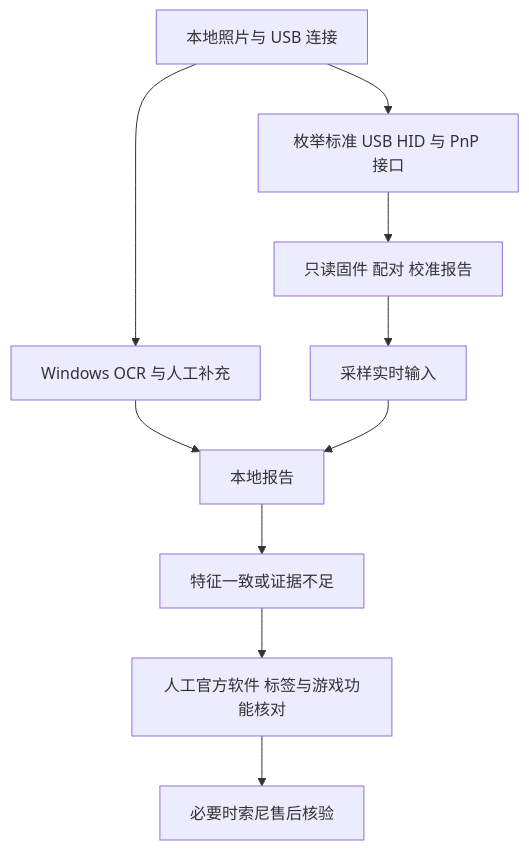
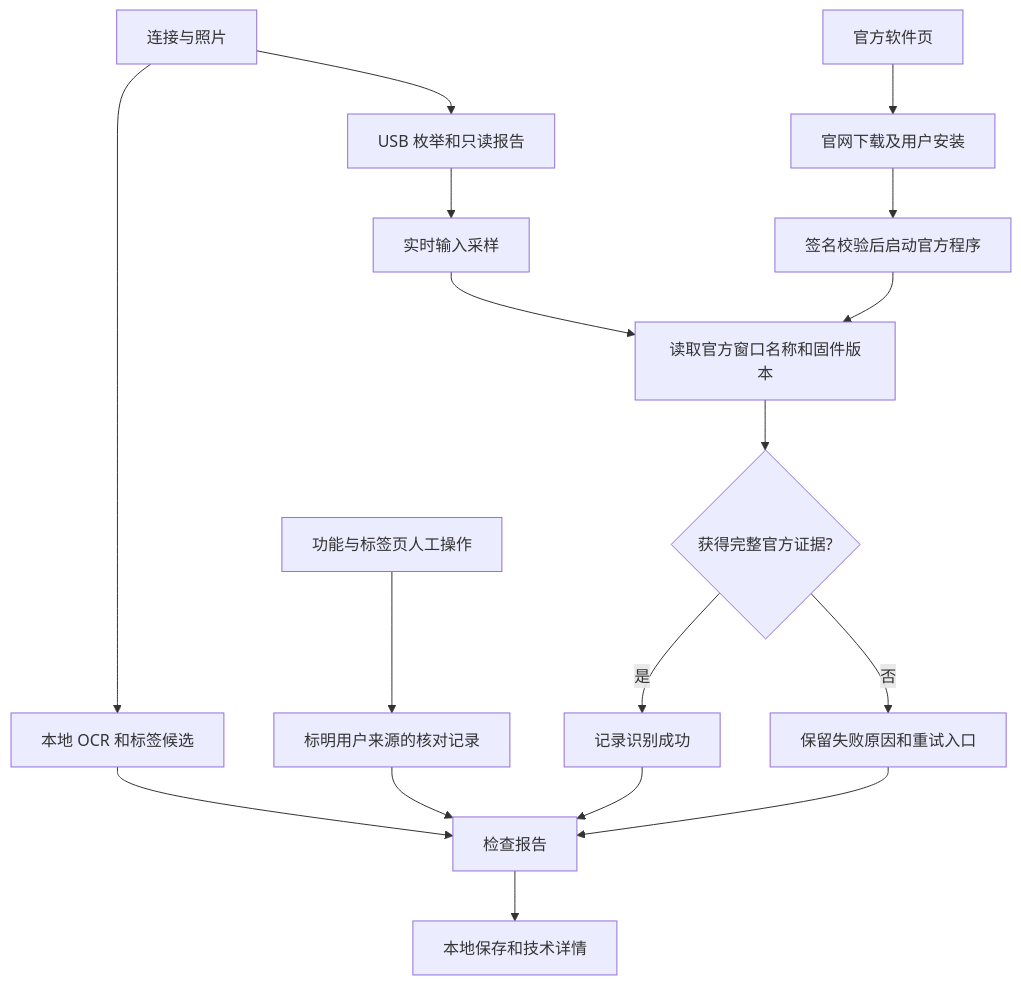
One commit to wacenhong-art/dualsense-inspector changed the diagram in README.md. Above: the diagram before and after it, drawn with Mermaid. The commit also changed other lines of this file and 5 other files, not shown here.

````diff
--- a/README.md
+++ b/README.md
@@ -36,12 +37,19 @@
 ```mermaid
 flowchart TD
-    A[本地照片与 USB 连接] --> B[Windows OCR 与人工补充]
-    A --> C[枚举标准 USB HID 与 PnP 接口]
-    C --> D[只读固件 配对 校准报告]
-    D --> E[采样实时输入]
-    B --> F[本地报告]
-    E --> F
-    F --> G[特征一致或证据不足]
-    G --> H[人工官方软件 标签与游戏功能核对]
-    H --> I[必要时索尼售后核验]
+    A[连接与照片] --> B[本地 OCR 和标签候选]
+    A --> C[USB 枚举和只读报告]
+    C --> D[实时输入采样]
+    E[官方软件页] --> F[官网下载及用户安装]
+    F --> G[签名校验后启动官方程序]
+    G --> H[读取官方窗口名称和固件版本]
+    D --> H
+    H --> I{获得完整官方证据?}
+    I -->|是| J[记录识别成功]
+    I -->|否| K[保留失败原因和重试入口]
+    B --> L[检查报告]
+    J --> L
+    K --> L
+    M[功能与标签页人工操作] --> N[标明用户来源的核对记录]
+    N --> L
+    L --> O[本地保存和技术详情]
 ```
````
